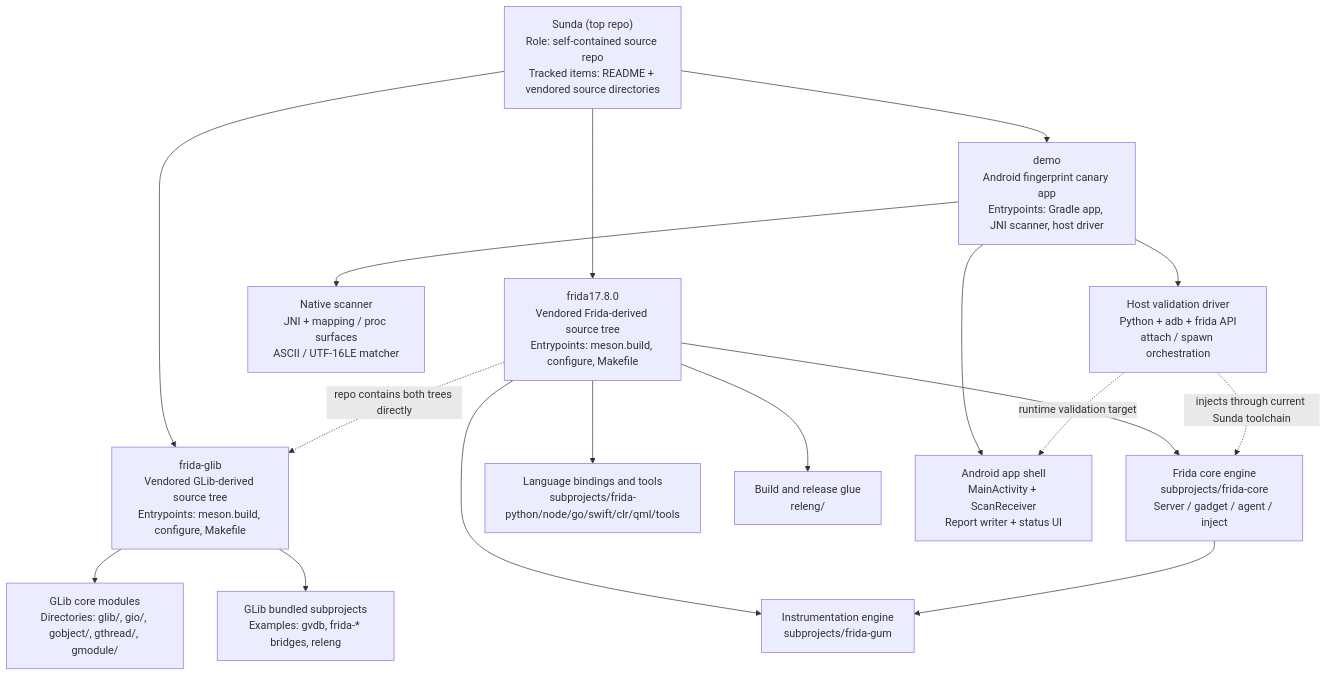
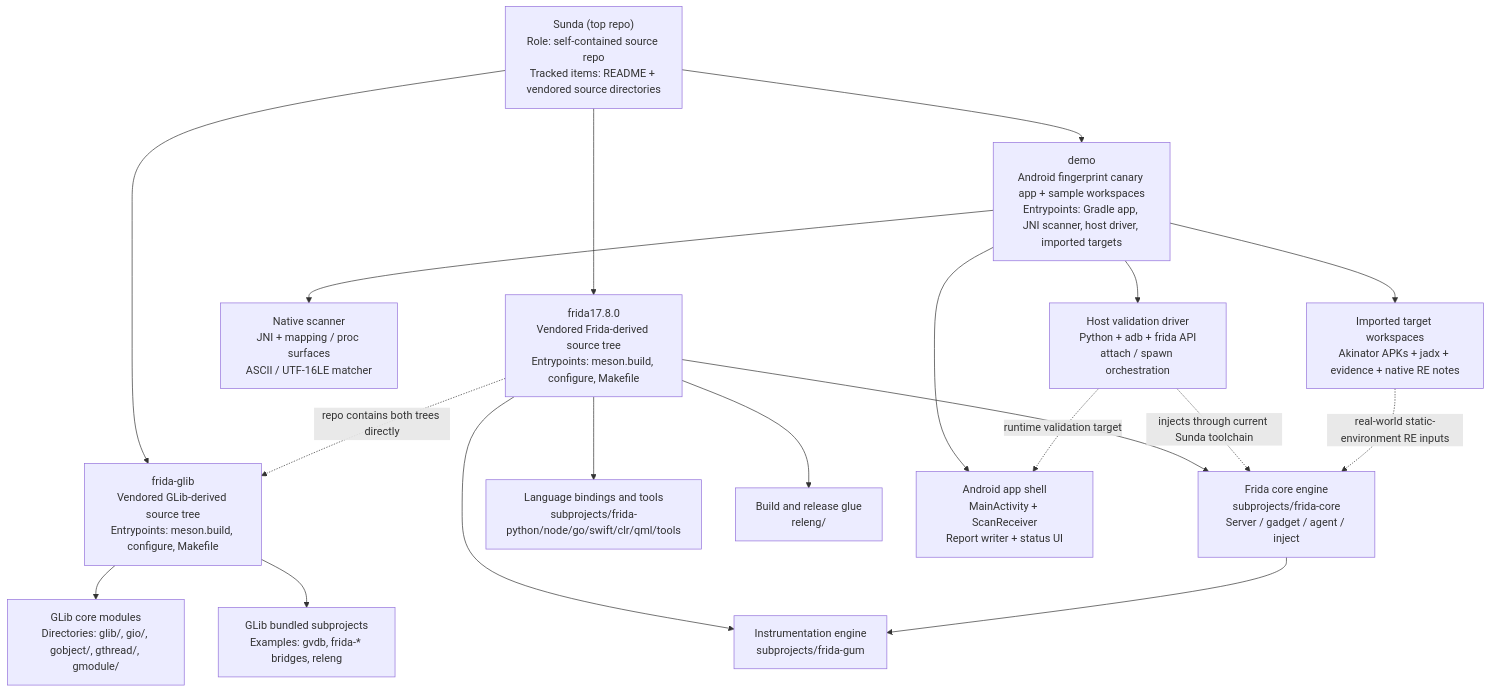
One commit to sec-staff-lilithgames/Sunda changed the diagram in .status/architecture/architecture.mmd. Above: the diagram before and after it, drawn with Mermaid. The commit also changed 51193 other files, not shown here.

```diff
--- a/.status/architecture/architecture.mmd
+++ b/.status/architecture/architecture.mmd
@@ -1,38 +1,41 @@
 flowchart TD
   Root["Sunda (top repo)\nRole: self-contained source repo\nTracked items: README + vendored source directories"]
 
   FG["frida-glib\nVendored GLib-derived source tree\nEntrypoints: meson.build, configure, Makefile"]
   F17["frida17.8.0\nVendored Frida-derived source tree\nEntrypoints: meson.build, configure, Makefile"]
-  Demo["demo\nAndroid fingerprint canary app\nEntrypoints: Gradle app, JNI scanner, host driver"]
+  Demo["demo\nAndroid fingerprint canary app + sample workspaces\nEntrypoints: Gradle app, JNI scanner, host driver, imported targets"]
 
   FGCore["GLib core modules\nDirectories: glib/, gio/, gobject/, gthread/, gmodule/"]
   FGDeps["GLib bundled subprojects\nExamples: gvdb, frida-* bridges, releng"]
 
   F17Core["Frida core engine\nsubprojects/frida-core\nServer / gadget / agent / inject"]
   F17Gum["Instrumentation engine\nsubprojects/frida-gum"]
   F17Bindings["Language bindings and tools\nsubprojects/frida-python/node/go/swift/clr/qml/tools"]
   F17Releng["Build and release glue\nreleng/"]
   DemoApp["Android app shell\nMainActivity + ScanReceiver\nReport writer + status UI"]
   DemoNative["Native scanner\nJNI + mapping / proc surfaces\nASCII / UTF-16LE matcher"]
   DemoDriver["Host validation driver\nPython + adb + frida API\nattach / spawn orchestration"]
+  DemoTargets["Imported target workspaces\nAkinator APKs + jadx + evidence + native RE notes"]
 
   Root --> FG
   Root --> F17
   Root --> Demo
 
   FG --> FGCore
   FG --> FGDeps
 
   F17 --> F17Core
   F17 --> F17Gum
   F17 --> F17Bindings
   F17 --> F17Releng
 
   Demo --> DemoApp
   Demo --> DemoNative
   Demo --> DemoDriver
+  Demo --> DemoTargets
 
   F17Core --> F17Gum
   F17 -. "repo contains both trees directly" .-> FG
   DemoDriver -. "runtime validation target" .-> DemoApp
   DemoDriver -. "injects through current Sunda toolchain" .-> F17Core
+  DemoTargets -. "real-world static-environment RE inputs" .-> F17Core
```
